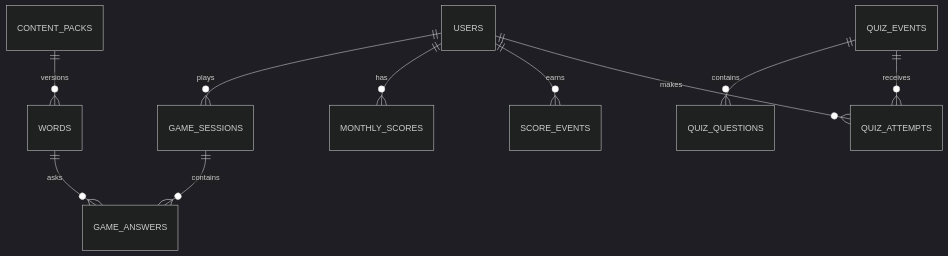
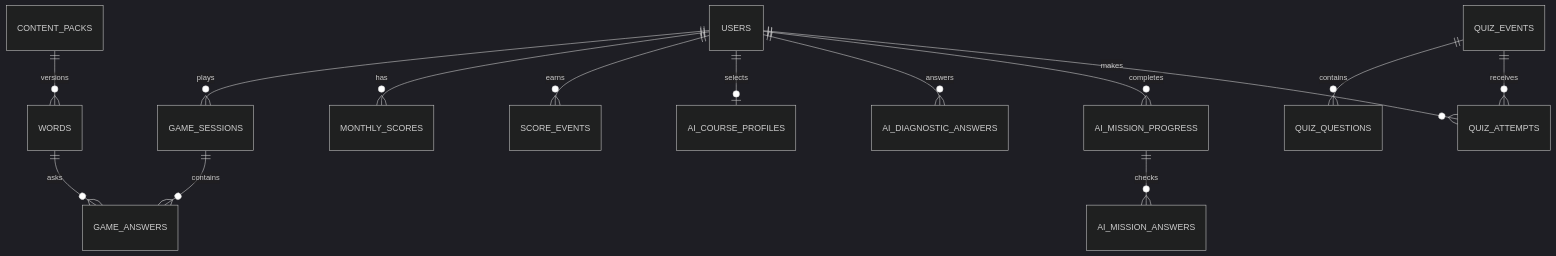
One commit to l2lanastasiaizergina-art/kot-uchyony-bot changed the second of 2 diagrams in ARCHITECTURE.md. Above: the diagram before and after it, drawn with Mermaid (dark theme). The commit also changed other lines of this file and 16 other files, not shown here.

````diff
--- a/ARCHITECTURE.md
+++ b/ARCHITECTURE.md
@@ -51,12 +51,16 @@
 ```mermaid
 erDiagram
     USERS ||--o{ GAME_SESSIONS : plays
     GAME_SESSIONS ||--o{ GAME_ANSWERS : contains
     CONTENT_PACKS ||--o{ WORDS : versions
     WORDS ||--o{ GAME_ANSWERS : asks
     USERS ||--o{ MONTHLY_SCORES : has
     USERS ||--o{ SCORE_EVENTS : earns
+    USERS ||--o| AI_COURSE_PROFILES : selects
+    USERS ||--o{ AI_DIAGNOSTIC_ANSWERS : answers
+    USERS ||--o{ AI_MISSION_PROGRESS : completes
+    AI_MISSION_PROGRESS ||--o{ AI_MISSION_ANSWERS : checks
     QUIZ_EVENTS ||--o{ QUIZ_QUESTIONS : contains
     QUIZ_EVENTS ||--o{ QUIZ_ATTEMPTS : receives
     USERS ||--o{ QUIZ_ATTEMPTS : makes
 ```
````
